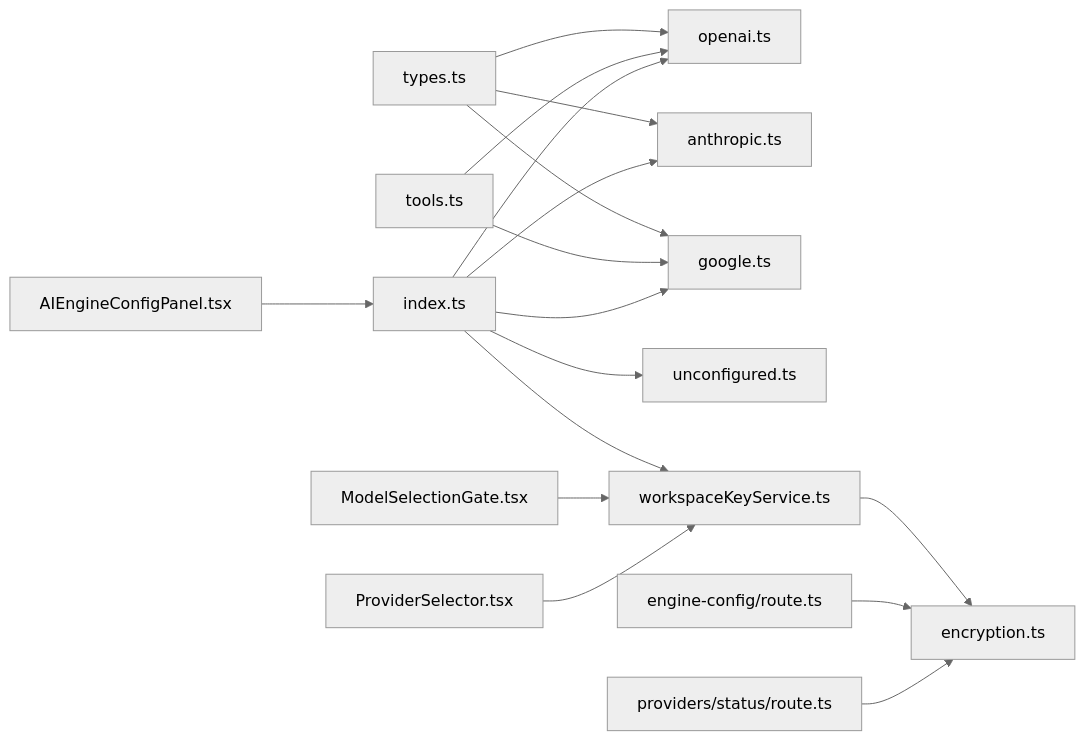
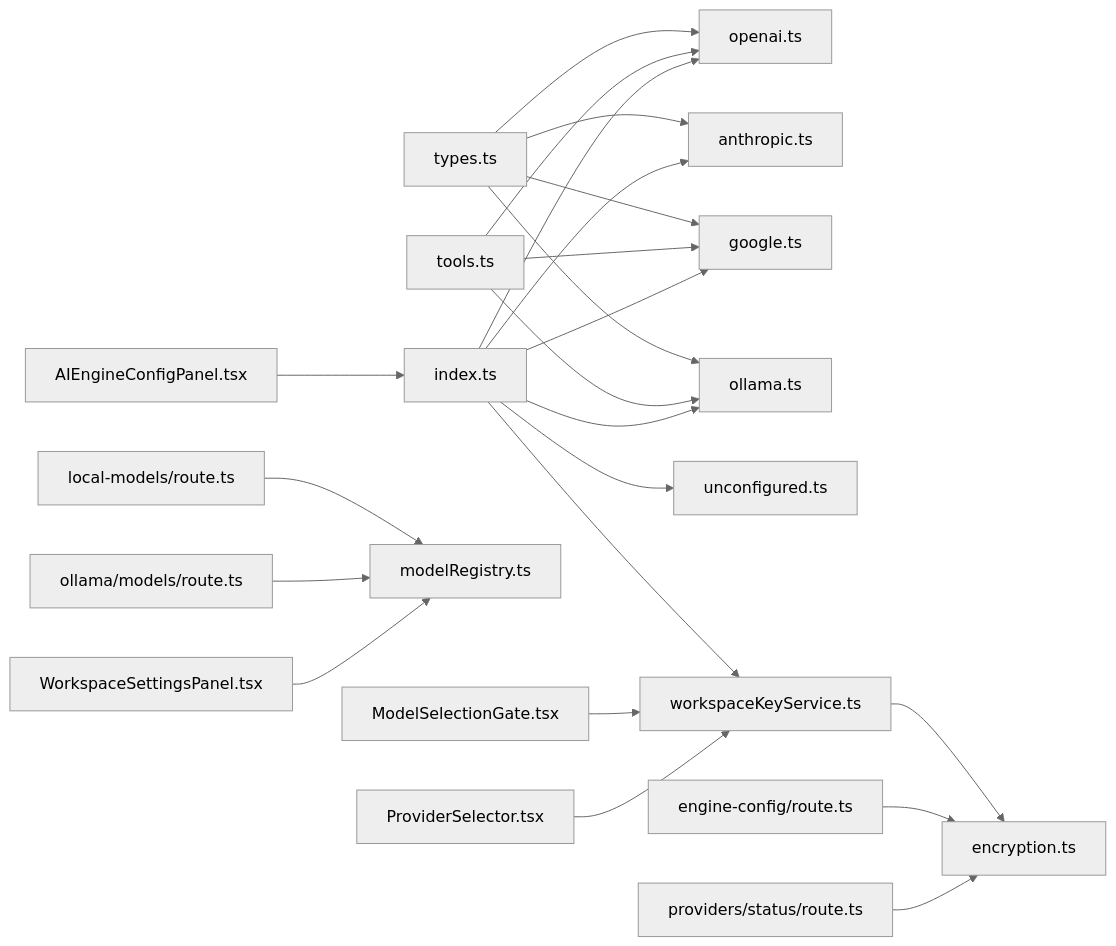
Before and after one commit to shekhargiri005-dotcom/AI-powered-accessibility-first-UI-engine: diagram 11 of 11 in .qoder/repowiki/en/content/AI Generation Engine/AI Provider Adapters/AI Provider Adapters.md, drawn with Mermaid (neutral theme). The commit also changed other lines of this file and 10 other files, not shown here.

````diff
--- a/.qoder/repowiki/en/content/AI Generation Engine/AI Provider Adapters/AI Provider Adapters.md
+++ b/.qoder/repowiki/en/content/AI Generation Engine/AI Provider Adapters/AI Provider Adapters.md
@@ -504,19 +651,25 @@
 ```mermaid
 graph LR
 TYPES["types.ts"] --> OA["openai.ts"]
 TYPES --> AA["anthropic.ts"]
 TYPES --> GA["google.ts"]
+TYPES --> OLA["ollama.ts"]
 TOOLS["tools.ts"] --> OA
 TOOLS --> GA
+TOOLS --> OLA
 IDX["index.ts"] --> OA
 IDX --> AA
 IDX --> GA
+IDX --> OLA
 IDX --> UNC["unconfigured.ts"]
 IDX --> WKS["workspaceKeyService.ts"]
 WKS --> ENC["encryption.ts"]
 API["engine-config/route.ts"] --> ENC
 PSTATUS["providers/status/route.ts"] --> ENC
+LMR["local-models/route.ts"] --> MR["modelRegistry.ts"]
+OMR["ollama/models/route.ts"] --> MR
 MSG["ModelSelectionGate.tsx"] --> WKS
 PS["ProviderSelector.tsx"] --> WKS
+WSP["WorkspaceSettingsPanel.tsx"] --> MR
 CFG["AIEngineConfigPanel.tsx"] --> IDX
 ```
````
